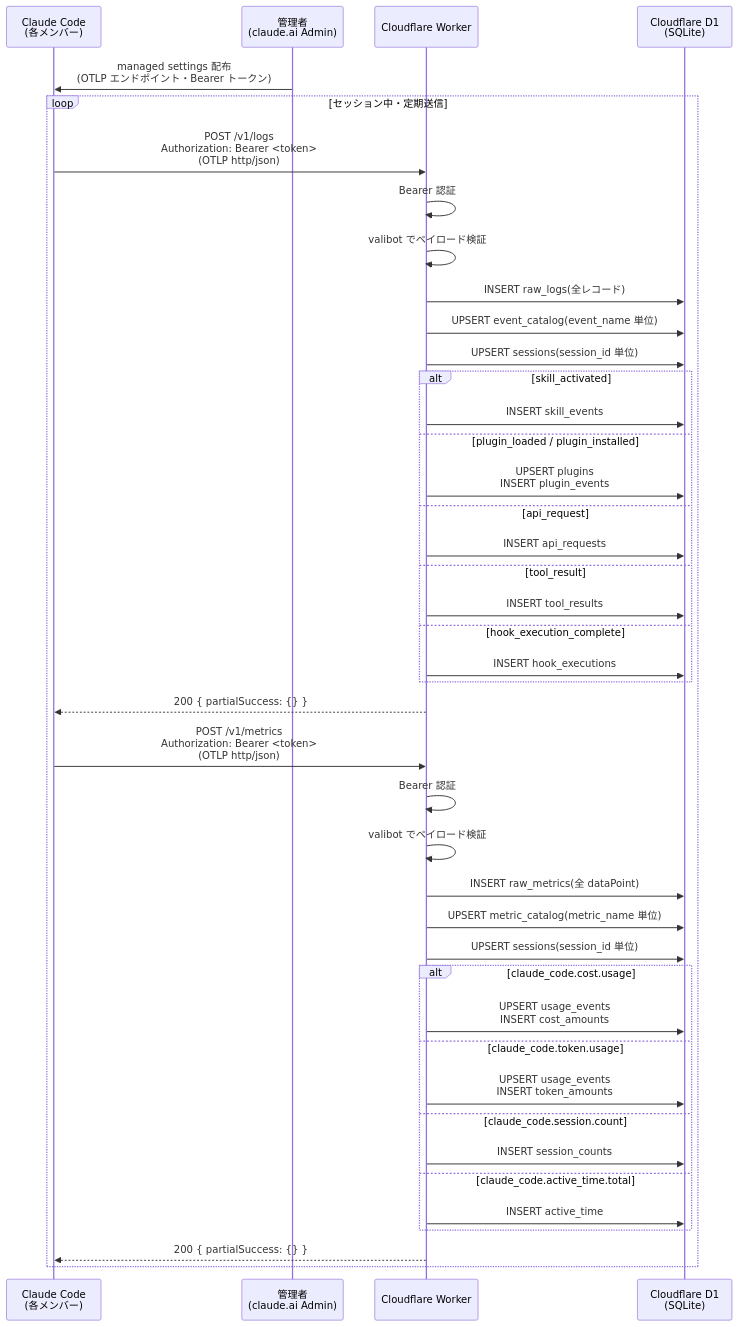
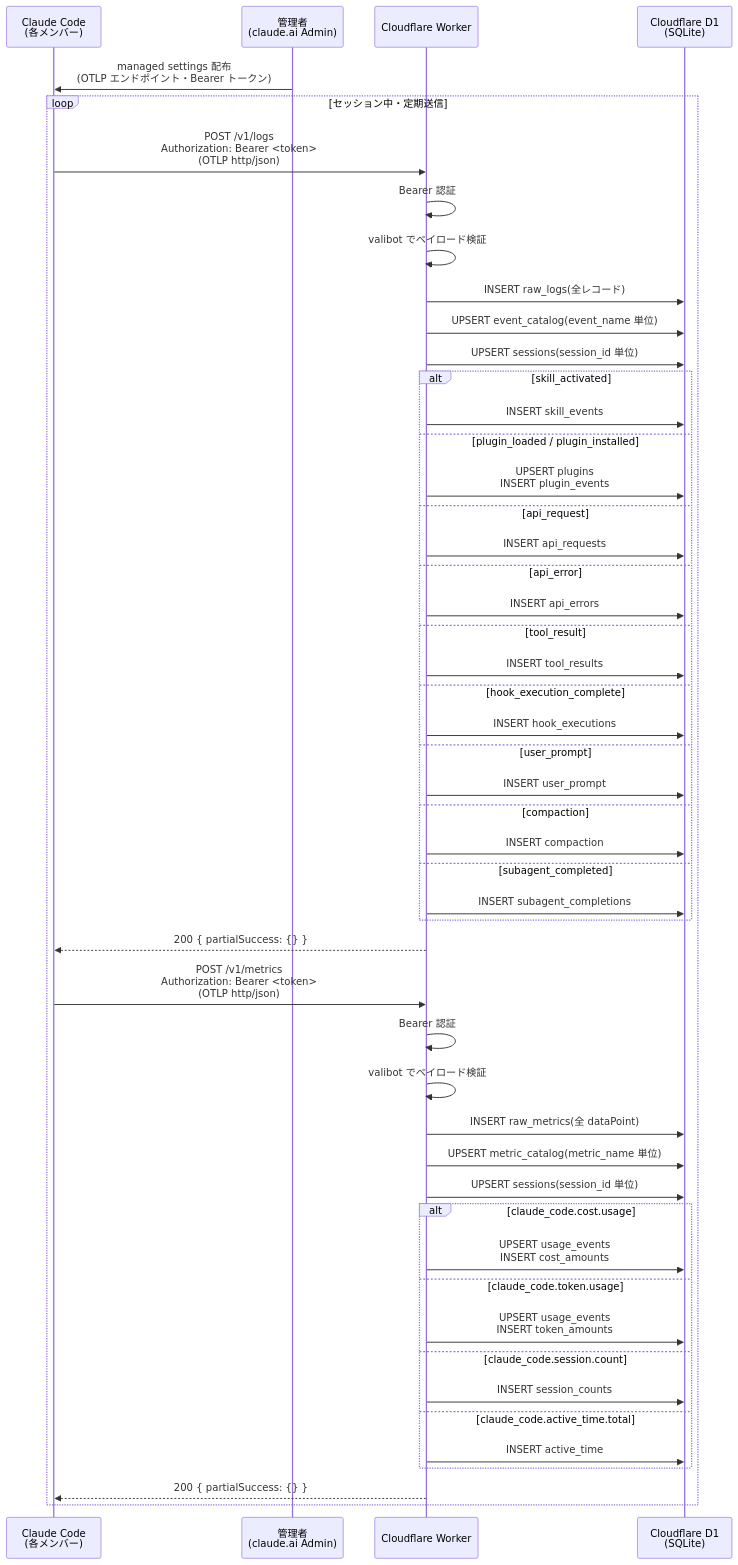
The first of 2 diagrams in README.md (Suntory-N-Water/cc-monitor-worker), drawn with Mermaid before and after one commit. The commit also changed other lines of this file, not shown here.

Commit message:
docs: 追加したテーブル・列を README と ER 図に反映

````diff
--- a/README.md
+++ b/README.md
@@ -38,47 +42,55 @@
 ```mermaid
 sequenceDiagram
     participant CC as Claude Code<br/>(各メンバー)
     participant Admin as 管理者<br/>(claude.ai Admin)
     participant W as Cloudflare Worker
     participant D1 as Cloudflare D1<br/>(SQLite)
 
     Admin->>CC: managed settings 配布<br/>(OTLP エンドポイント・Bearer トークン)
 
     loop セッション中・定期送信
         CC->>W: POST /v1/logs<br/>Authorization: Bearer <token><br/>(OTLP http/json)
         W->>W: Bearer 認証
         W->>W: valibot でペイロード検証
         W->>D1: INSERT raw_logs(全レコード)
         W->>D1: UPSERT event_catalog(event_name 単位)
         W->>D1: UPSERT sessions(session_id 単位)
         alt skill_activated
             W->>D1: INSERT skill_events
         else plugin_loaded / plugin_installed
             W->>D1: UPSERT plugins<br/>INSERT plugin_events
         else api_request
             W->>D1: INSERT api_requests
+        else api_error
+            W->>D1: INSERT api_errors
         else tool_result
             W->>D1: INSERT tool_results
         else hook_execution_complete
             W->>D1: INSERT hook_executions
+        else user_prompt
+            W->>D1: INSERT user_prompt
+        else compaction
+            W->>D1: INSERT compaction
+        else subagent_completed
+            W->>D1: INSERT subagent_completions
         end
         W-->>CC: 200 { partialSuccess: {} }
 
         CC->>W: POST /v1/metrics<br/>Authorization: Bearer <token><br/>(OTLP http/json)
         W->>W: Bearer 認証
         W->>W: valibot でペイロード検証
         W->>D1: INSERT raw_metrics(全 dataPoint)
         W->>D1: UPSERT metric_catalog(metric_name 単位)
         W->>D1: UPSERT sessions(session_id 単位)
         alt claude_code.cost.usage
             W->>D1: UPSERT usage_events<br/>INSERT cost_amounts
         else claude_code.token.usage
             W->>D1: UPSERT usage_events<br/>INSERT token_amounts
         else claude_code.session.count
             W->>D1: INSERT session_counts
         else claude_code.active_time.total
             W->>D1: INSERT active_time
         end
         W-->>CC: 200 { partialSuccess: {} }
     end
 ```
````
